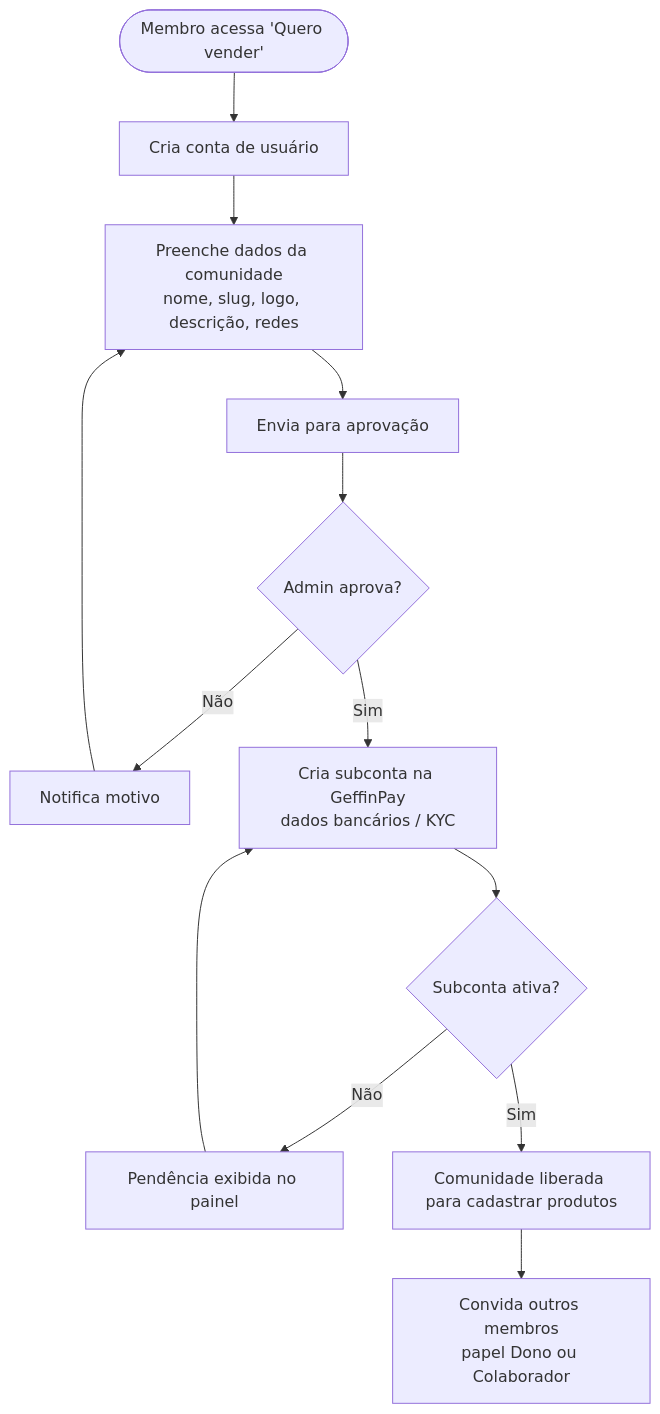
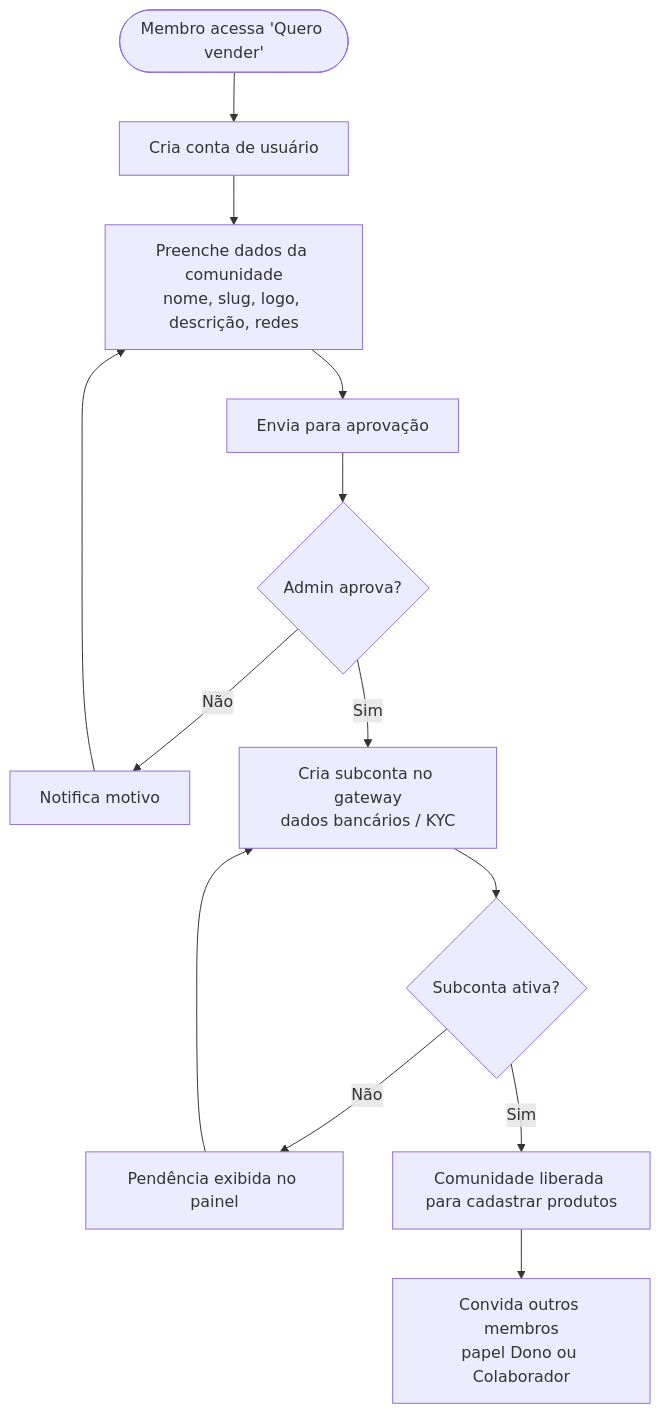
Before and after one commit to BdsOliveira/loja-tech-brasil: the sixth of 29 diagrams in modelo-de-negocios.md, drawn with Mermaid. The commit also changed other lines of this file, not shown here.

Commit message:
docs: substitui marca do gateway de pagamento por termo genérico

````diff
--- a/modelo-de-negocios.md
+++ b/modelo-de-negocios.md
@@ -442,13 +442,13 @@
 ```mermaid
 flowchart TD
     A([Membro acessa 'Quero vender']) --> B[Cria conta de usuário]
     B --> C[Preenche dados da comunidade<br/>nome, slug, logo, descrição, redes]
     C --> D[Envia para aprovação]
     D --> E{Admin aprova?}
     E -- Não --> F[Notifica motivo] --> C
-    E -- Sim --> G[Cria subconta na GeffinPay<br/>dados bancários / KYC]
+    E -- Sim --> G[Cria subconta no gateway<br/>dados bancários / KYC]
     G --> H{Subconta ativa?}
     H -- Não --> I[Pendência exibida no painel] --> G
     H -- Sim --> J[Comunidade liberada para cadastrar produtos]
     J --> K[Convida outros membros<br/>papel Dono ou Colaborador]
 ```
````
